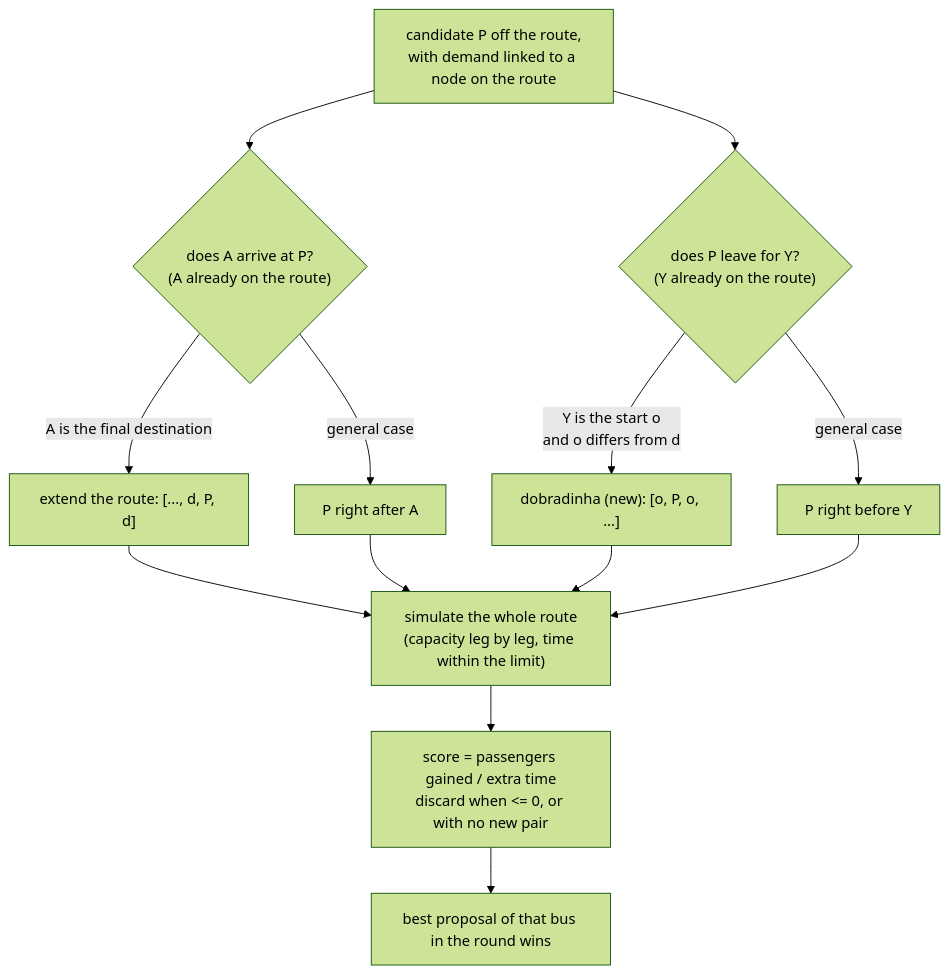
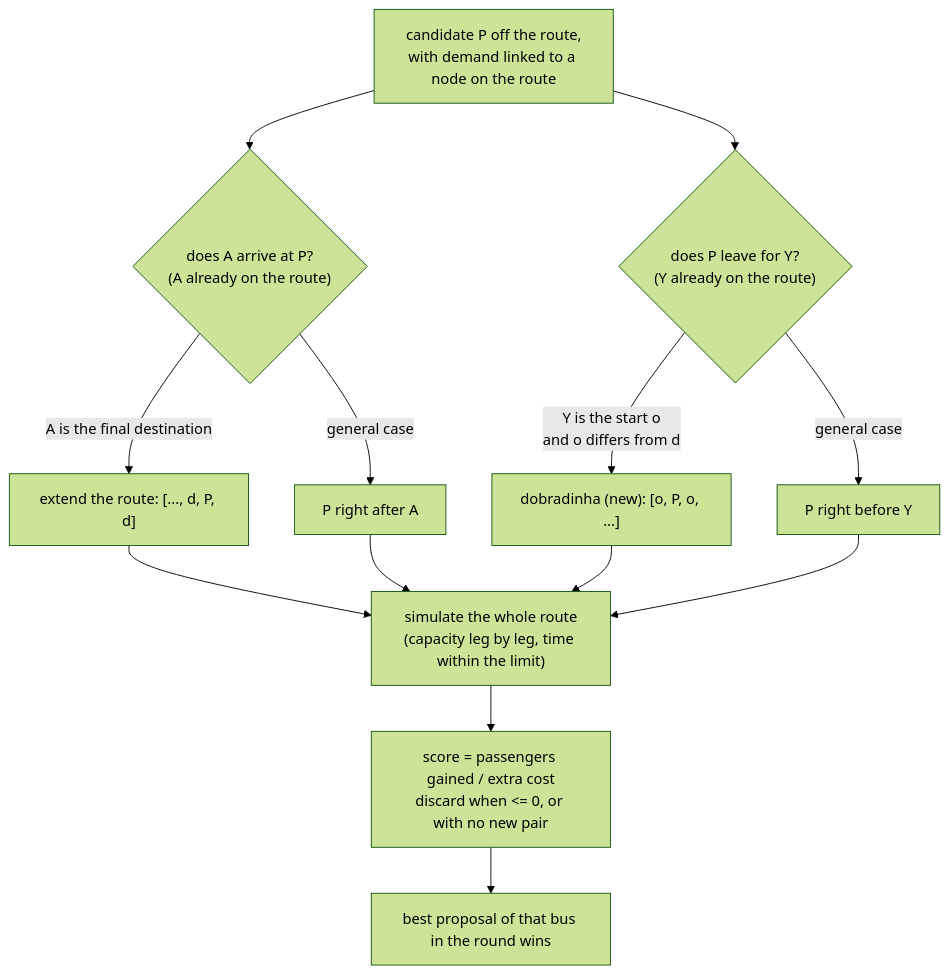
The second of 2 diagrams in heuristics.md (vitor0p9f/Transporte-UNIVASF-Form), drawn with Mermaid (forest theme) before and after one commit. The commit also changed other lines of this file and 19 other files, not shown here.

````diff
--- a/heuristics.md
+++ b/heuristics.md
@@ -28,15 +28,15 @@
 ```mermaid
 flowchart TD
     P["candidate P off the route,<br/>with demand linked to a node on the route"] --> R1{"does A arrive at P?<br/>(A already on the route)"}
     P --> R2{"does P leave for Y?<br/>(Y already on the route)"}
     R1 -- "A is the final destination" --> T1["extend the route: [..., d, P, d]"]
     R1 -- "general case" --> T2["P right after A"]
     R2 -- "Y is the start o<br/>and o differs from d" --> T3["dobradinha (new): [o, P, o, ...]"]
     R2 -- "general case" --> T4["P right before Y"]
     T1 --> S["simulate the whole route<br/>(capacity leg by leg, time within the limit)"]
     T2 --> S
     T3 --> S
     T4 --> S
-    S --> SC["score = passengers gained / extra time<br/>discard when <= 0, or with no new pair"]
+    S --> SC["score = passengers gained / extra cost<br/>discard when <= 0, or with no new pair"]
     SC --> BE["best proposal of that bus in the round wins"]
 ```
````
